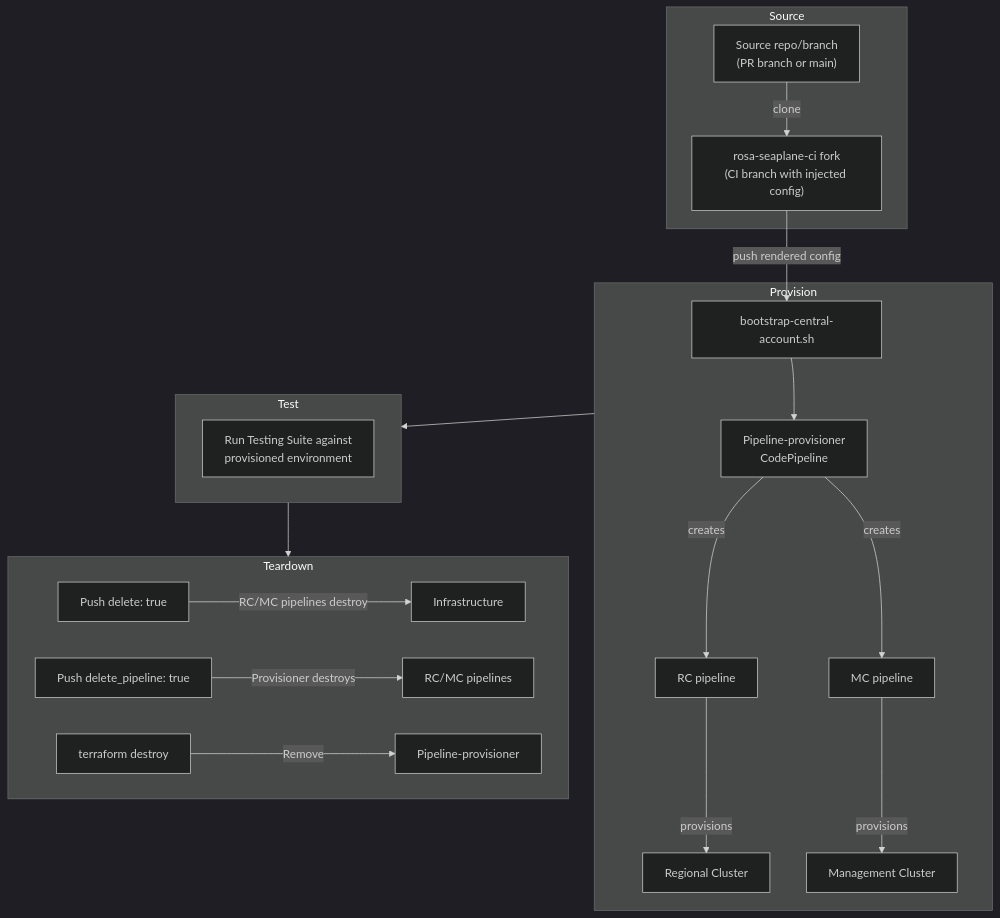
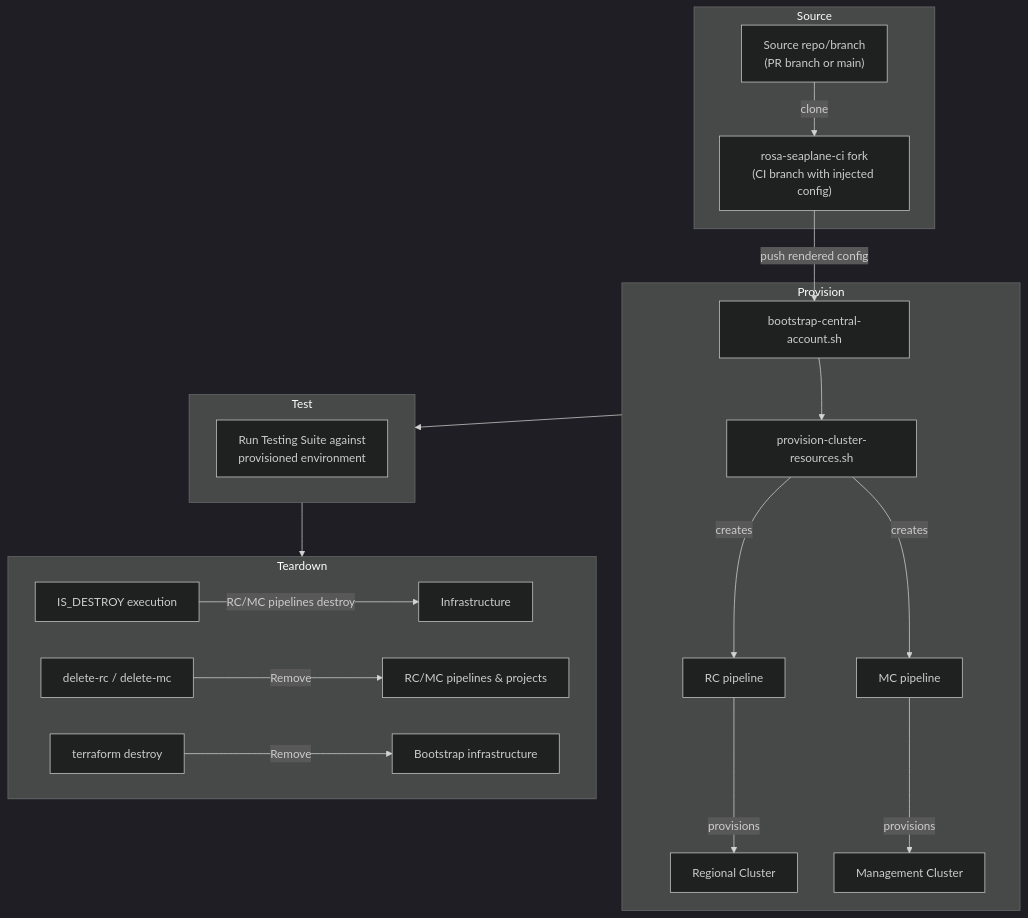
Before and after one commit to Alcamech/rosa-hyperfleet: the fourth of 4 diagrams in docs/design/testing-strategy.md, drawn with Mermaid (dark theme). The commit also changed other lines of this file and 103 other files, not shown here.

Commit message:
ROSAENG-66716: Simplify provisioning flow

````diff
--- a/docs/design/testing-strategy.md
+++ b/docs/design/testing-strategy.md
@@ -120,28 +120,28 @@
 ```mermaid
 flowchart TB
     subgraph SOURCE ["Source"]
         A["Source repo/branch<br/>(PR branch or main)"] -->|clone| B["rosa-seaplane-ci fork<br/>(CI branch with injected config)"]
     end
 
     B -->|push rendered config| C
 
     subgraph PROVISION ["Provision"]
-        C[bootstrap-central-account.sh] --> D[Pipeline-provisioner\nCodePipeline]
+        C[bootstrap-central-account.sh] --> D[provision-cluster-resources.sh]
         D -->|creates| E[RC pipeline] -->|provisions| F[Regional Cluster]
         D -->|creates| G[MC pipeline] -->|provisions| H[Management Cluster]
     end
 
     PROVISION --> TEST
 
     subgraph TEST ["Test"]
         I[Run Testing Suite against\nprovisioned environment]
     end
 
     TEST --> TEARDOWN
 
     subgraph TEARDOWN ["Teardown"]
-        J["Push delete: true"] -->|RC/MC pipelines destroy| K[Infrastructure]
-        L["Push delete_pipeline: true"] -->|Provisioner destroys| M[RC/MC pipelines]
-        N[terraform destroy] -->|Remove| O[Pipeline-provisioner]
+        J["IS_DESTROY execution"] -->|RC/MC pipelines destroy| K[Infrastructure]
+        L["delete-rc / delete-mc"] -->|Remove| M[RC/MC pipelines & projects]
+        N[terraform destroy] -->|Remove| O[Bootstrap infrastructure]
     end
 ```
````
